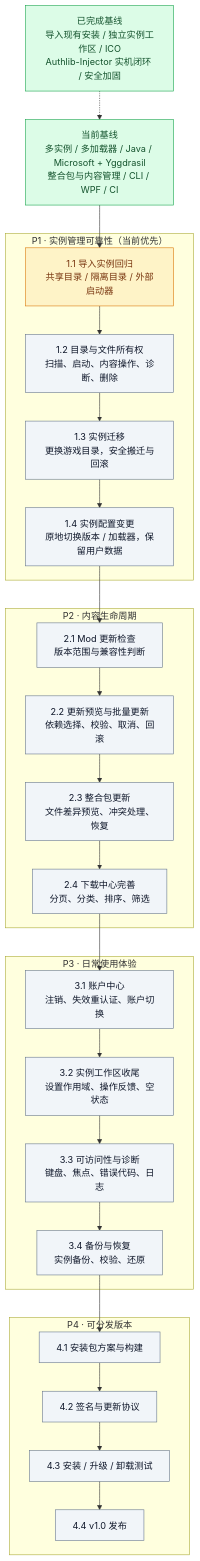
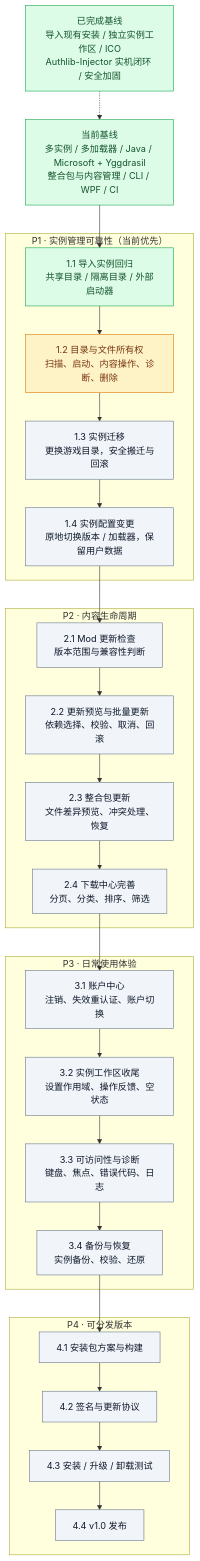
The diagram in docs/roadmap.md (hellokug2699/Ender-Craft-Launcher), drawn with Mermaid before and after one commit. The commit also changed other lines of this file and 4 other files, not shown here.

````diff
--- a/docs/roadmap.md
+++ b/docs/roadmap.md
@@ -9,41 +9,42 @@
 ```mermaid
 flowchart TD
     A["当前基线<br/>多实例 / 多加载器 / Java / Microsoft + Yggdrasil<br/>整合包与内容管理 / CLI / WPF / CI"] --> B
 
     subgraph P1["P1 · 实例管理可靠性（当前优先）"]
       B["1.1 导入实例回归<br/>共享目录 / 隔离目录 / 外部启动器"] --> C["1.2 目录与文件所有权<br/>扫描、启动、内容操作、诊断、删除"]
       C --> D["1.3 实例迁移<br/>更换游戏目录，安全搬迁与回滚"]
       D --> E["1.4 实例配置变更<br/>原地切换版本 / 加载器，保留用户数据"]
     end
 
     subgraph P2["P2 · 内容生命周期"]
       F["2.1 Mod 更新检查<br/>版本范围与兼容性判断"] --> G["2.2 更新预览与批量更新<br/>依赖选择、校验、取消、回滚"]
       G --> H["2.3 整合包更新<br/>文件差异预览、冲突处理、恢复"]
       H --> I["2.4 下载中心完善<br/>分页、分类、排序、筛选"]
     end
 
     subgraph P3["P3 · 日常使用体验"]
       J["3.1 账户中心<br/>注销、失效重认证、账户切换"] --> K["3.2 实例工作区收尾<br/>设置作用域、操作反馈、空状态"]
       K --> L["3.3 可访问性与诊断<br/>键盘、焦点、错误代码、日志"]
       L --> M["3.4 备份与恢复<br/>实例备份、校验、还原"]
     end
 
     subgraph P4["P4 · 可分发版本"]
       N["4.1 安装包方案与构建"] --> O["4.2 签名与更新协议"]
       O --> Q["4.3 安装 / 升级 / 卸载测试"]
       Q --> R["4.4 v1.0 发布"]
     end
 
     E --> F
     I --> J
     M --> N
 
     S["已完成基线<br/>导入现有安装 / 独立实例工作区 / ICO<br/>Authlib-Injector 实机闭环 / 安全加固"] -.-> A
 
     classDef done fill:#dcfce7,stroke:#16a34a,color:#14532d
     classDef active fill:#fef3c7,stroke:#d97706,color:#78350f
     classDef todo fill:#f1f5f9,stroke:#64748b,color:#0f172a
     class A,S done
-    class B active
-    class C,D,E,F,G,H,I,J,K,L,M,N,O,Q,R todo
+    class B done
+    class C active
+    class D,E,F,G,H,I,J,K,L,M,N,O,Q,R todo
 ```
````
